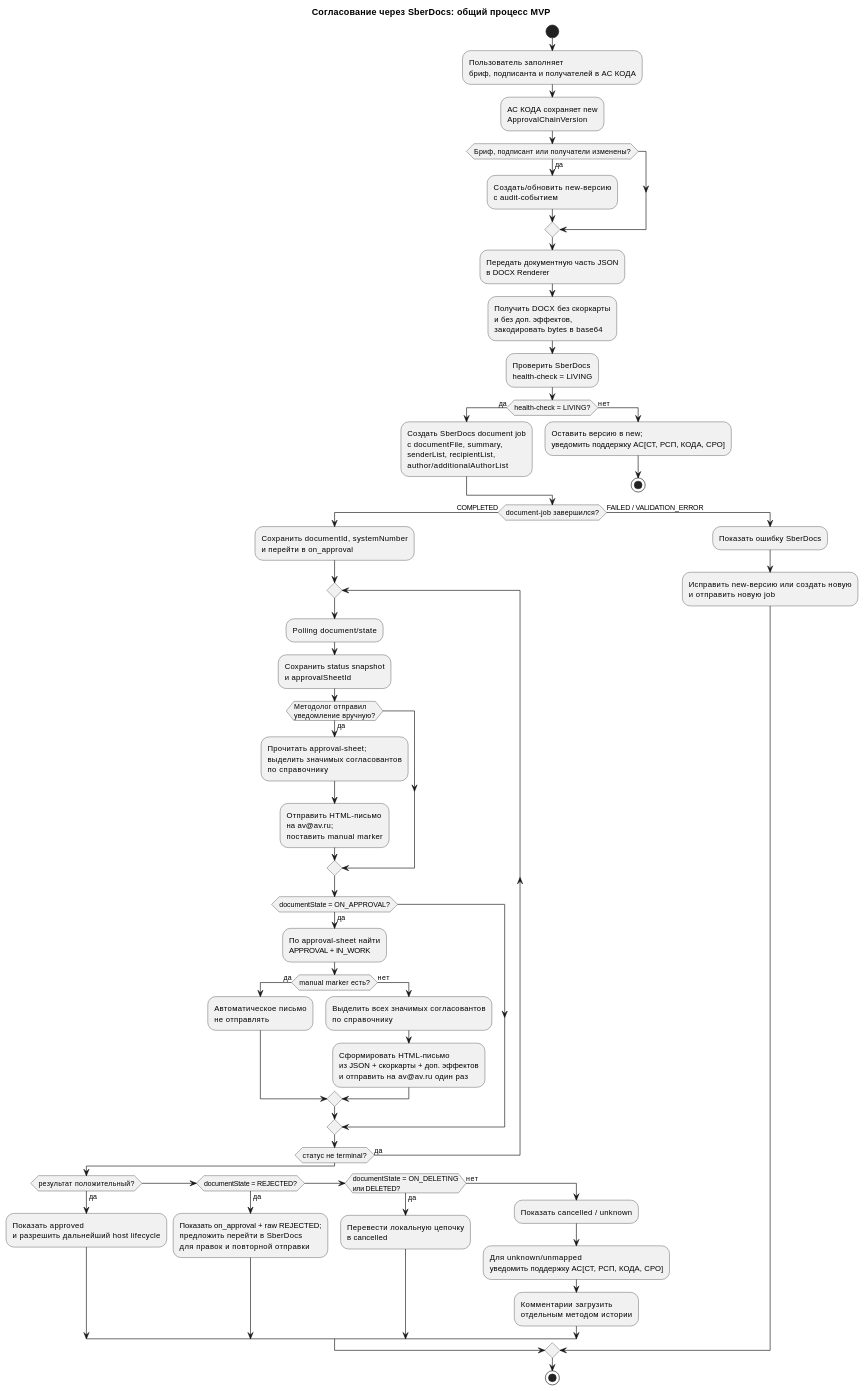
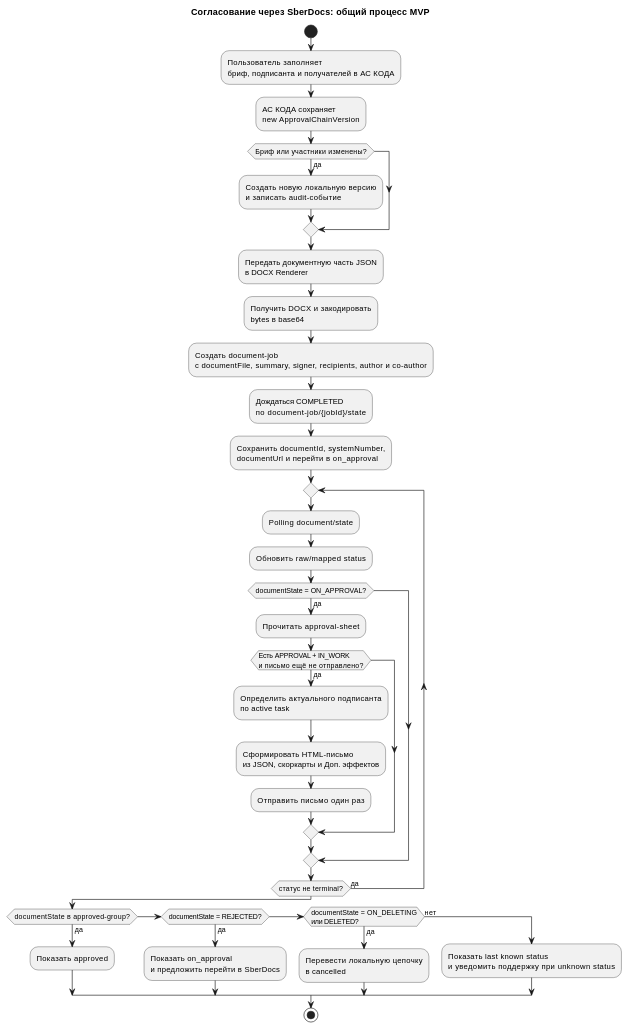
One commit to shuhart75/changeswork-copy changed the first of 2 diagrams in features/approvals/requirements.md. Above: the diagram before and after it, drawn with PlantUML. The commit also changed other lines of this file and 36 other files, not shown here.

````diff
--- a/features/approvals/requirements.md
+++ b/features/approvals/requirements.md
@@ -42,57 +42,39 @@
 ```plantuml
 @startuml
 title Согласование через SberDocs: общий процесс MVP
 
 start
 :Пользователь заполняет\nбриф, подписанта и получателей в АС КОДА;
-:АС КОДА сохраняет new\nApprovalChainVersion;
-if (Бриф, подписант или получатели изменены?) then (да)
-  :Создать/обновить new-версию\nс audit-событием;
+:АС КОДА сохраняет\nnew ApprovalChainVersion;
+if (Бриф или участники изменены?) then (да)
+:Создать новую локальную версию\nи записать audit-событие;
 endif
 :Передать документную часть JSON\nв DOCX Renderer;
-:Получить DOCX без скоркарты\nи без доп. эффектов,\nзакодировать bytes в base64;
-:Проверить SberDocs\nhealth-check = LIVING;
-if (health-check = LIVING?) then (да)
-  :Создать SberDocs document job\nс documentFile, summary,\nsenderList, recipientList,\nauthor/additionalAuthorList;
+:Получить DOCX и закодировать\nbytes в base64;
+:Создать document-job\nс documentFile, summary, signer, recipients, author и co-author;
+:Дождаться COMPLETED\nпо document-job/{jobId}/state;
+:Сохранить documentId, systemNumber,\ndocumentUrl и перейти в on_approval;
+repeat
+  :Polling document/state;
+  :Обновить raw/mapped status;
+  if (documentState = ON_APPROVAL?) then (да)
+    :Прочитать approval-sheet;
+    if (Есть APPROVAL + IN_WORK\nи письмо ещё не отправлено?) then (да)
+      :Определить актуального подписанта\nпо active task;
+      :Сформировать HTML-письмо\nиз JSON, скоркарты и Доп. эффектов;
+      :Отправить письмо один раз;
+    endif
+  endif
+repeat while (статус не terminal?) is (да)
+if (documentState в approved-group?) then (да)
+  :Показать approved;
+elseif (documentState = REJECTED?) then (да)
+  :Показать on_approval\nи предложить перейти в SberDocs;
+elseif (documentState = ON_DELETING\nили DELETED?) then (да)
+  :Перевести локальную цепочку\nв cancelled;
 else (нет)
-  :Оставить версию в new;\nуведомить поддержку АС[СТ, РСП, КОДА, СРО];
-  stop
-endif
-
-if (document-job завершился?) then (COMPLETED)
-  :Сохранить documentId, systemNumber\nи перейти в on_approval;
-  repeat
-    :Polling document/state;
-    :Сохранить status snapshot\nи approvalSheetId;
-    if (Методолог отправил\nуведомление вручную?) then (да)
-      :Прочитать approval-sheet;\nвыделить значимых согласовантов\nпо справочнику;
-      :Отправить HTML-письмо\nна av@av.ru;\nпоставить manual marker;
-    endif
-    if (documentState = ON_APPROVAL?) then (да)
-      :По approval-sheet найти\nAPPROVAL + IN_WORK;
-      if (manual marker есть?) then (да)
-        :Автоматическое письмо\nне отправлять;
-      else (нет)
-        :Выделить всех значимых согласовантов\nпо справочнику;
-        :Сформировать HTML-письмо\nиз JSON + скоркарты + доп. эффектов\nи отправить на av@av.ru один раз;
-      endif
-    endif
-  repeat while (статус не terminal?) is (да)
-  if (результат положительный?) then (да)
-    :Показать approved\nи разрешить дальнейший host lifecycle;
-  elseif (documentState = REJECTED?) then (да)
-    :Показать on_approval + raw REJECTED;\nпредложить перейти в SberDocs\nдля правок и повторной отправки;
-  elseif (documentState = ON_DELETING\nили DELETED?) then (да)
-    :Перевести локальную цепочку\nв cancelled;
-  else (нет)
-    :Показать cancelled / unknown;
-    :Для unknown/unmapped\nуведомить поддержку АС[СТ, РСП, КОДА, СРО];
-    :Комментарии загрузить\nотдельным методом истории;
-  endif
-else (FAILED / VALIDATION_ERROR)
-  :Показать ошибку SberDocs;
-  :Исправить new-версию или создать новую\nи отправить новую job;
+  :Показать last known status\nи уведомить поддержку при unknown status;
 endif
 stop
 @enduml
 ```
````
